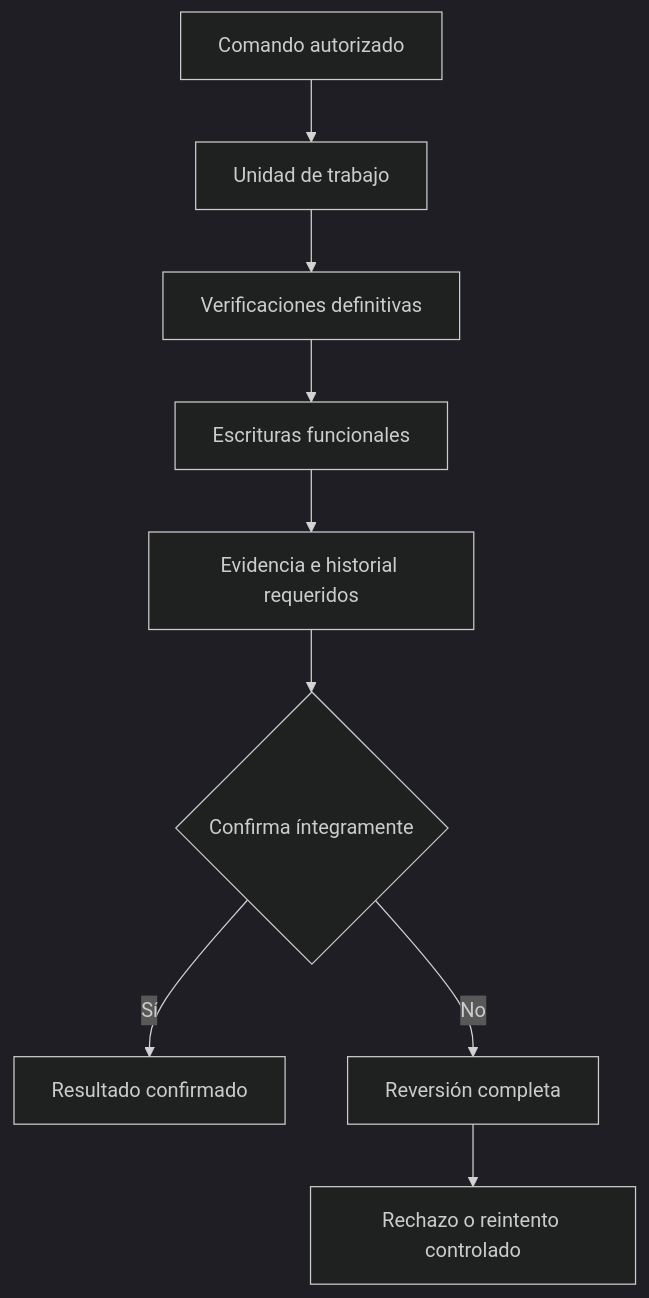
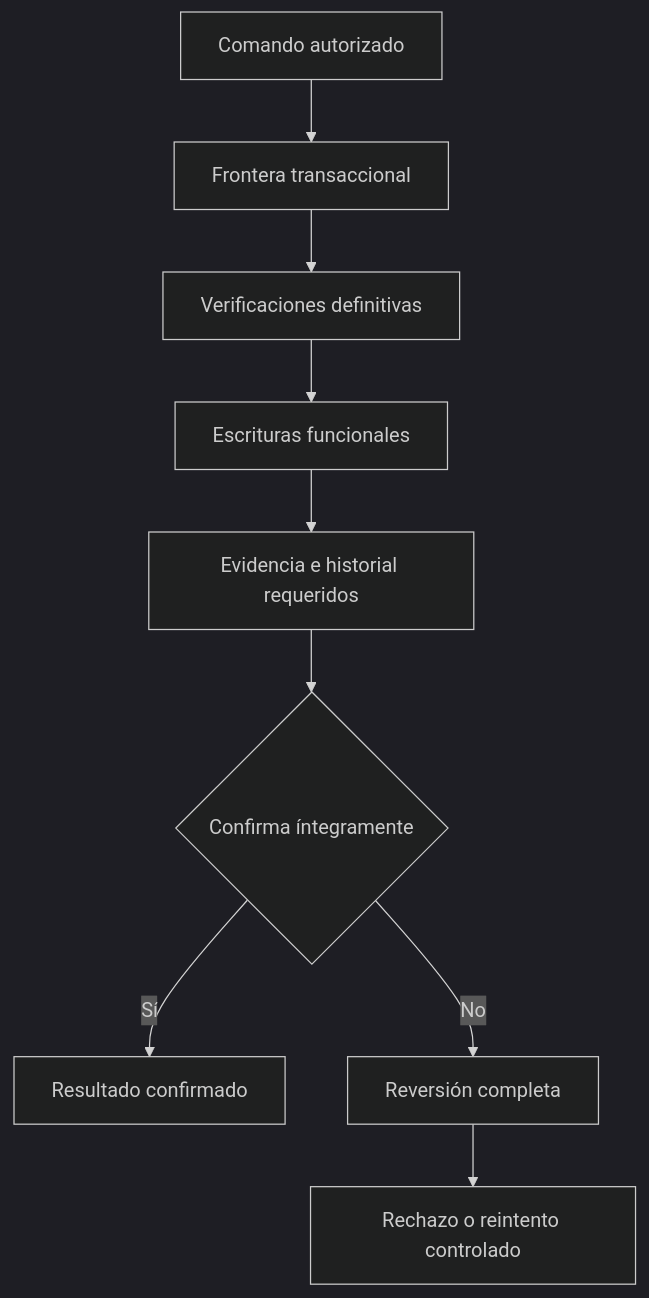
Before and after one commit to EderPanta18/academic-management-api: the diagram in docs/08-persistence/03-transactions-and-concurrency.md, drawn with Mermaid (dark theme). The commit also changed other lines of this file and 19 other files, not shown here.

````diff
--- a/docs/08-persistence/03-transactions-and-concurrency.md
+++ b/docs/08-persistence/03-transactions-and-concurrency.md
@@ -15,11 +15,11 @@
 ```mermaid
 flowchart TB
-    REQ[Comando autorizado] --> TX[Unidad de trabajo]
+    REQ[Comando autorizado] --> TX[Frontera transaccional]
     TX --> CHECK[Verificaciones definitivas]
     CHECK --> WRITE[Escrituras funcionales]
     WRITE --> HIST[Evidencia e historial requeridos]
     HIST --> COMMIT{Confirma íntegramente}
     COMMIT -->|Sí| OK[Resultado confirmado]
     COMMIT -->|No| ROLLBACK[Reversión completa]
     ROLLBACK --> FAIL[Rechazo o reintento controlado]
 ```
````
